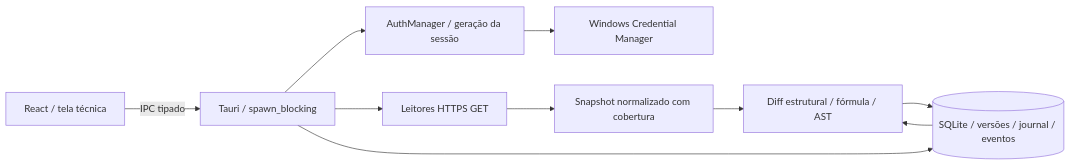
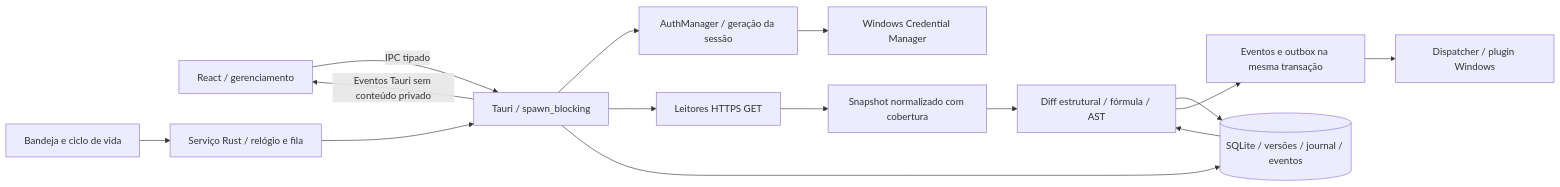
The diagram in docs/architecture.md (kaykyDias04/sheets_monitor), drawn with Mermaid before and after one commit. The commit also changed other lines of this file and 53 other files, not shown here.

Commit message:
feat(SM-023,SM-024): integrate Windows tray and continuous monitoring controls

````diff
--- a/docs/architecture.md
+++ b/docs/architecture.md
@@ -5,12 +5,17 @@
 ```mermaid
 flowchart LR
- UI[React / tela técnica] -->|IPC tipado| Runtime[Tauri / spawn_blocking]
+ UI[React / gerenciamento] -->|IPC tipado| Runtime[Tauri / spawn_blocking]
  Runtime --> Auth[AuthManager / geração da sessão]
  Auth --> Vault[Windows Credential Manager]
  Runtime --> Google[Leitores HTTPS GET]
  Google --> Normalize[Snapshot normalizado com cobertura]
  Normalize --> Engine[Diff estrutural / fórmula / AST]
  DB[(SQLite / versões / journal / eventos)] --> Engine
  Engine --> DB
  Runtime --> DB
+ Scheduler[Serviço Rust / relógio e fila] --> Runtime
+ Engine --> Outbox[Eventos e outbox na mesma transação]
+ Outbox --> Notify[Dispatcher / plugin Windows]
+ Tray[Bandeja e ciclo de vida] --> Scheduler
+ Runtime -->|Eventos Tauri sem conteúdo privado| UI
 ```
````
